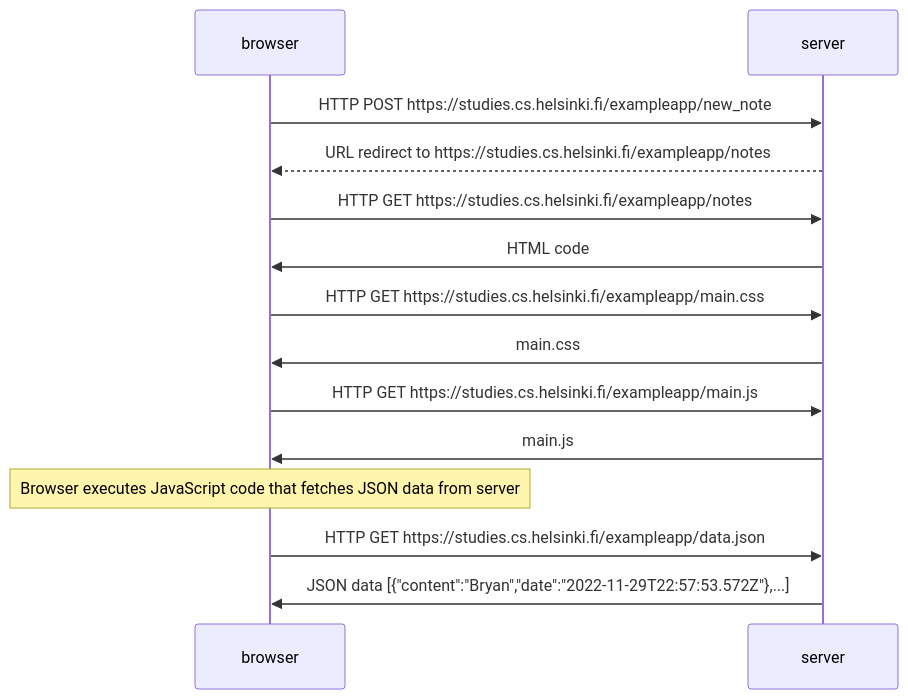
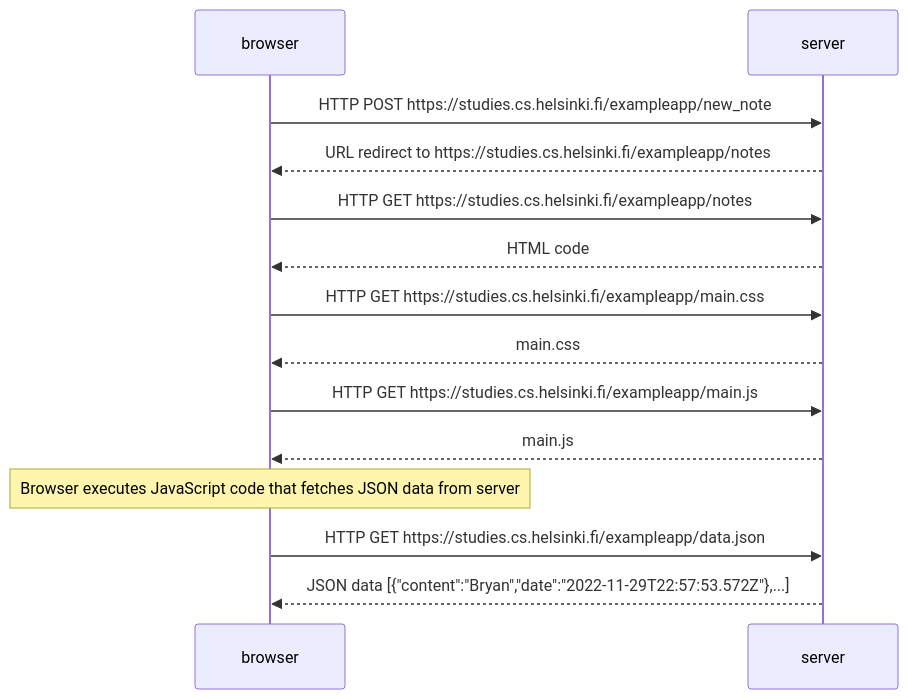
One commit to stylized-substance/Full-Stack-open-2022 changed the diagram in part0/exercises_0.4-0.6.md. Above: the diagram before and after it, drawn with Mermaid.

Commit message:
made dashed lines

````diff
--- a/part0/exercises_0.4-0.6.md
+++ b/part0/exercises_0.4-0.6.md
@@ -3,16 +3,16 @@
 ```mermaid
 
 sequenceDiagram
     browser->>server: HTTP POST https://studies.cs.helsinki.fi/exampleapp/new_note
     server-->>browser: URL redirect to https://studies.cs.helsinki.fi/exampleapp/notes
     browser->>server: HTTP GET https://studies.cs.helsinki.fi/exampleapp/notes
-    server->>browser: HTML code
+    server-->>browser: HTML code
     browser->>server: HTTP GET https://studies.cs.helsinki.fi/exampleapp/main.css
-    server->>browser: main.css
+    server-->>browser: main.css
     browser->>server: HTTP GET https://studies.cs.helsinki.fi/exampleapp/main.js
-    server->>browser: main.js
+    server-->>browser: main.js
     note over browser: Browser executes JavaScript code that fetches JSON data from server
     browser->>server: HTTP GET https://studies.cs.helsinki.fi/exampleapp/data.json
-    server->>browser: JSON data [{"content":"Bryan","date":"2022-11-29T22:57:53.572Z"},...]
+    server-->>browser: JSON data [{"content":"Bryan","date":"2022-11-29T22:57:53.572Z"},...]
 
 ```
````
